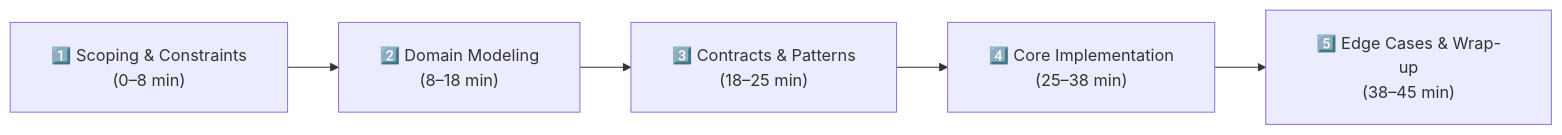
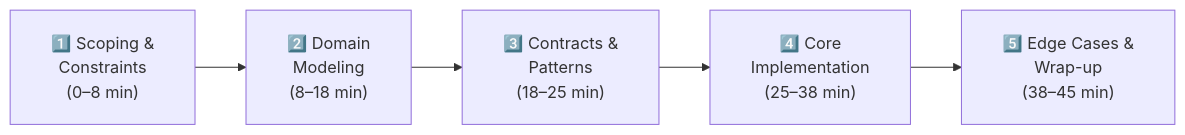
The second of 4 diagrams in LLD/00_Core_Concepts/06_Interview_Execution_Framework.md (dip4k/DSA_102), drawn with Mermaid before and after one commit. The commit also changed other lines of this file and 106 other files, not shown here.

First line of the commit message:
fix(mermaid): prevent text clipping with foreignObject overflow and tighter line wrapping

````diff
--- a/LLD/00_Core_Concepts/06_Interview_Execution_Framework.md
+++ b/LLD/00_Core_Concepts/06_Interview_Execution_Framework.md
@@ -52,8 +52,8 @@
 ```mermaid
-%%{init: {"flowchart": {"htmlLabels": true, "padding": 20}}}%%
+%%{init: {"flowchart": {"htmlLabels": true, "padding": 20}, "themeCSS": "foreignObject { overflow: visible !important; }"}}%%
 flowchart LR
-    P1["1️⃣ Scoping & Constraints<br/>(0–8 min)"] --> P2["2️⃣ Domain Modeling<br/>(8–18 min)"]
-    P2 --> P3["3️⃣ Contracts & Patterns<br/>(18–25 min)"]
-    P3 --> P4["4️⃣ Core Implementation<br/>(25–38 min)"]
-    P4 --> P5["5️⃣ Edge Cases & Wrap-up<br/>(38–45 min)"]
+    P1["1️⃣ Scoping &<br/>Constraints<br/>(0–8 min)"] --> P2["2️⃣ Domain<br/>Modeling<br/>(8–18 min)"]
+    P2 --> P3["3️⃣ Contracts &<br/>Patterns<br/>(18–25 min)"]
+    P3 --> P4["4️⃣ Core<br/>Implementation<br/>(25–38 min)"]
+    P4 --> P5["5️⃣ Edge Cases &<br/>Wrap-up<br/>(38–45 min)"]
 ```
````
